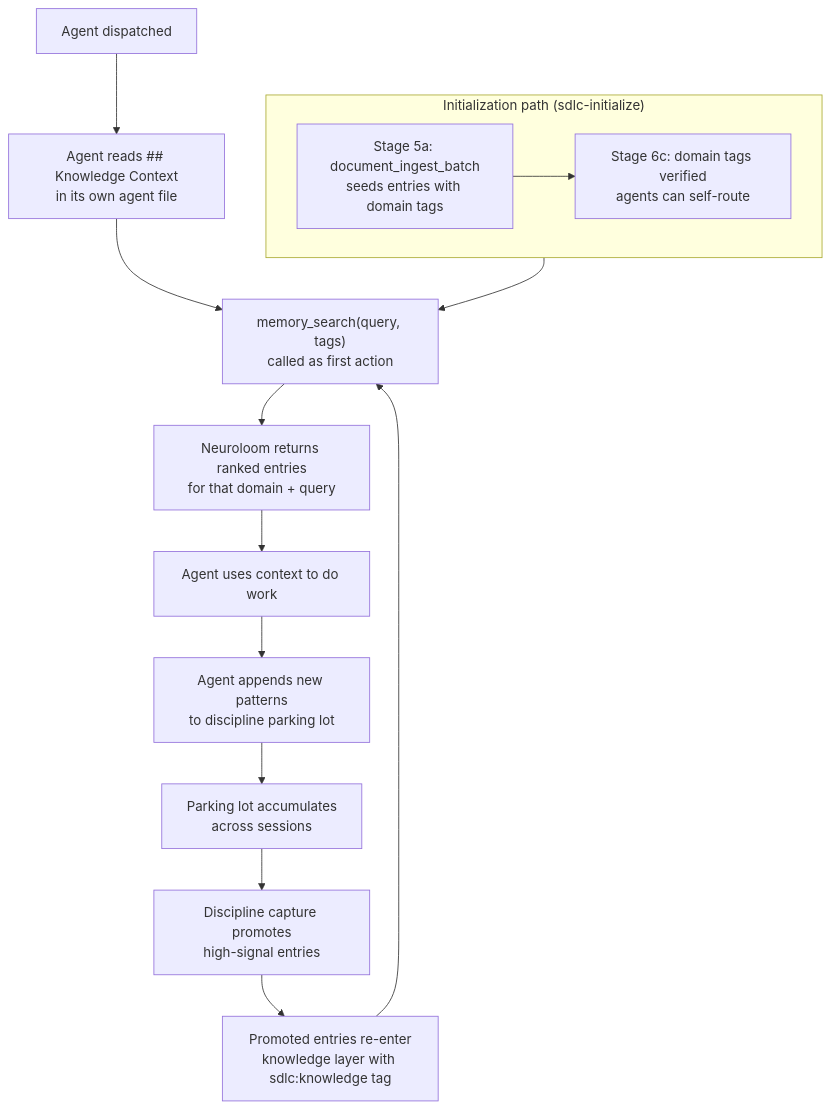
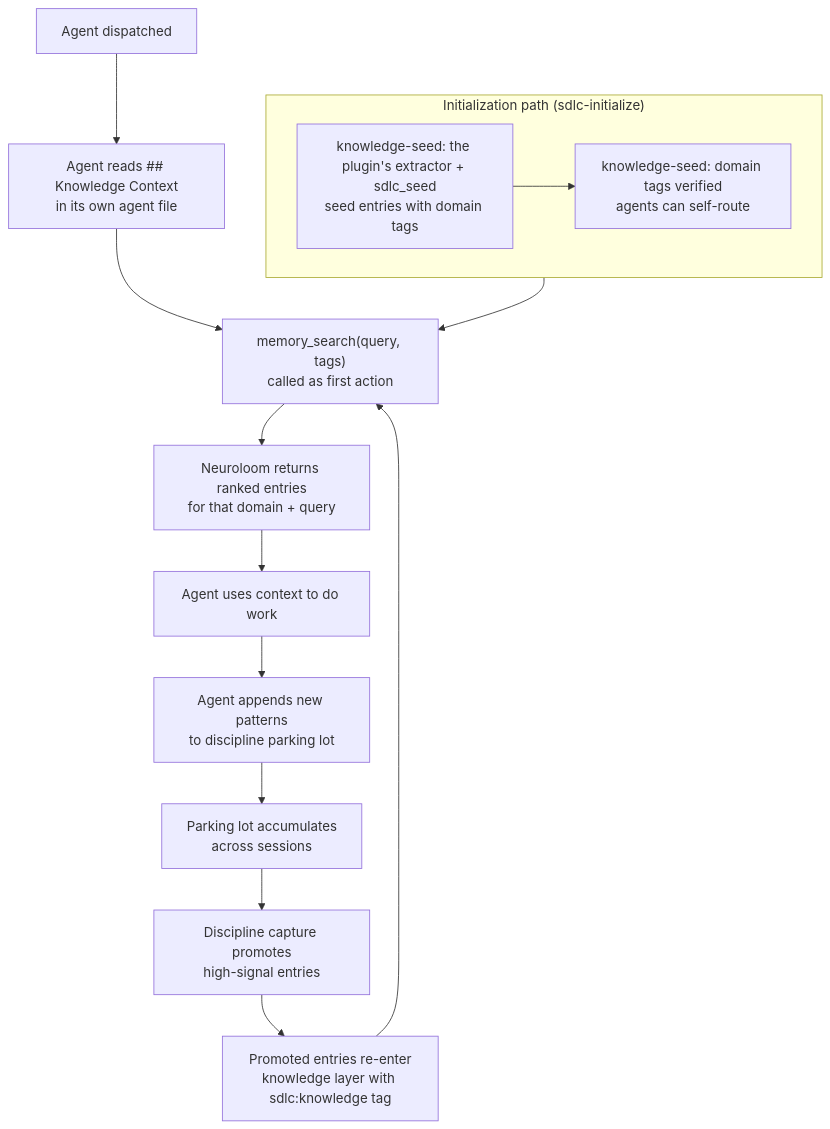
The diagram in docs/knowledge-routing.md (endless-galaxy-studios/neuroloom-sdlc-plugin), drawn with Mermaid before and after one commit. The commit also changed other lines of this file and 9 other files, not shown here.

````diff
--- a/docs/knowledge-routing.md
+++ b/docs/knowledge-routing.md
@@ -19,20 +19,20 @@
 ```mermaid
 flowchart TD
     A[Agent dispatched] --> B[Agent reads ## Knowledge Context\nin its own agent file]
     B --> C["memory_search(query, tags)\ncalled as first action"]
     C --> D[Neuroloom returns ranked entries\nfor that domain + query]
     D --> E[Agent uses context to do work]
     E --> F[Agent appends new patterns\nto discipline parking lot]
     F --> G[Parking lot accumulates\nacross sessions]
     G --> H[Discipline capture promotes\nhigh-signal entries]
     H --> I[Promoted entries re-enter\nknowledge layer with sdlc:knowledge tag]
     I --> C
 
     subgraph Init ["Initialization path (sdlc-initialize)"]
-        J["Stage 5a: document_ingest_batch\nseeds entries with domain tags"]
-        K["Stage 6c: domain tags verified\nagents can self-route"]
+        J["knowledge-seed: the plugin's extractor + sdlc_seed\nseed entries with domain tags"]
+        K["knowledge-seed: domain tags verified\nagents can self-route"]
         J --> K
     end
 
     Init --> C
 ```
````
